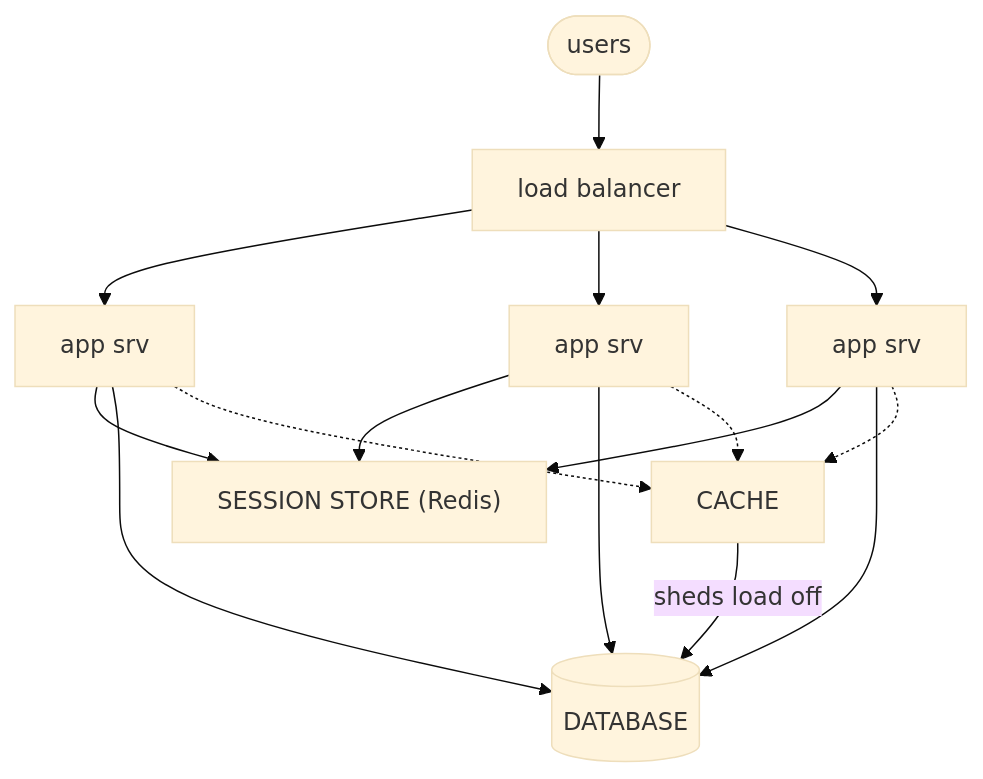
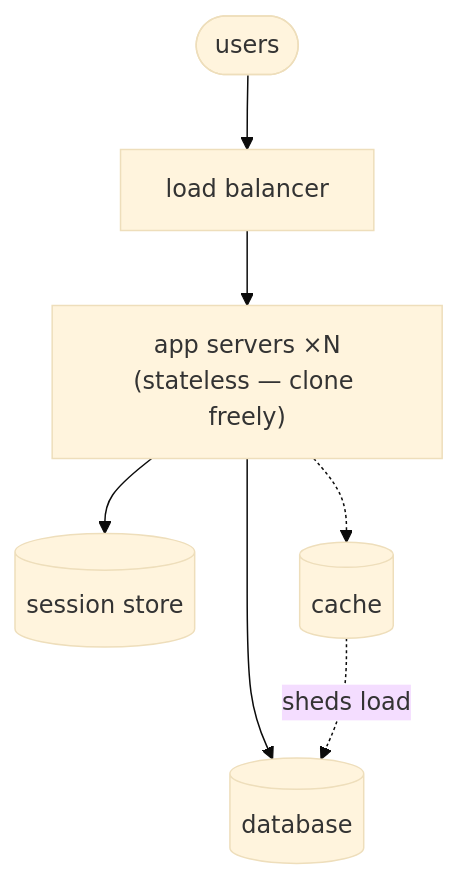
One commit to Topurrra/themissingmanual changed the diagram in guides/designing-for-scale/03-scaling-the-stateful-bits.md. Above: the diagram before and after it, drawn with Mermaid (base theme). The commit also changed 15 other files, not shown here.

Commit message:
fixed mermaid diagrams

````diff
--- a/guides/designing-for-scale/03-scaling-the-stateful-bits.md
+++ b/guides/designing-for-scale/03-scaling-the-stateful-bits.md
@@ -22,17 +22,9 @@
 ```mermaid
 flowchart TD
   Users([users]) --> LB[load balancer]
-  LB --> A1["app srv"]
-  LB --> A2["app srv"]
-  LB --> A3["app srv"]
-  A1 --> SS["SESSION STORE (Redis)"]
-  A2 --> SS
-  A3 --> SS
-  A1 --> DB[(DATABASE)]
-  A2 --> DB
-  A3 --> DB
-  Cache["CACHE"] -->|sheds load off| DB
-  A1 -.-> Cache
-  A2 -.-> Cache
-  A3 -.-> Cache
+  LB --> App["app servers ×N<br/>(stateless — clone freely)"]
+  App --> SS[(session store)]
+  App --> DB[(database)]
+  App -.-> Cache[(cache)]
+  Cache -.->|sheds load| DB
 ```
````
